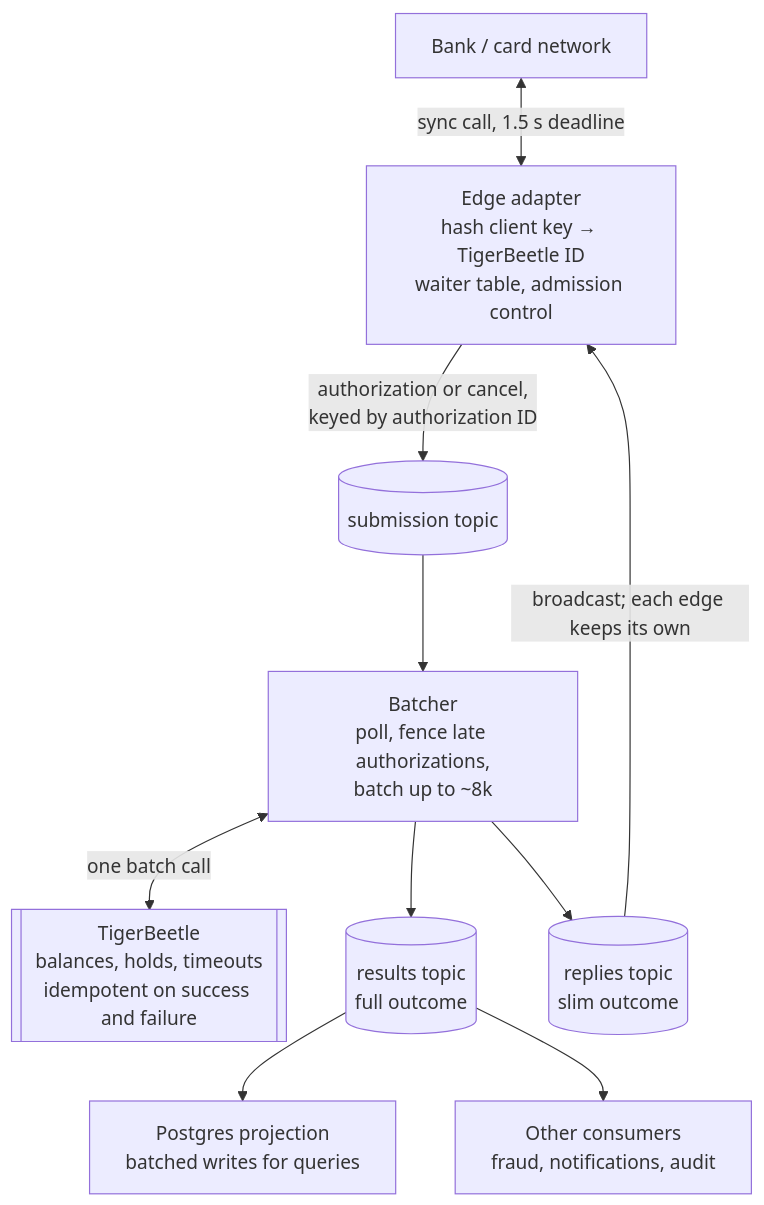
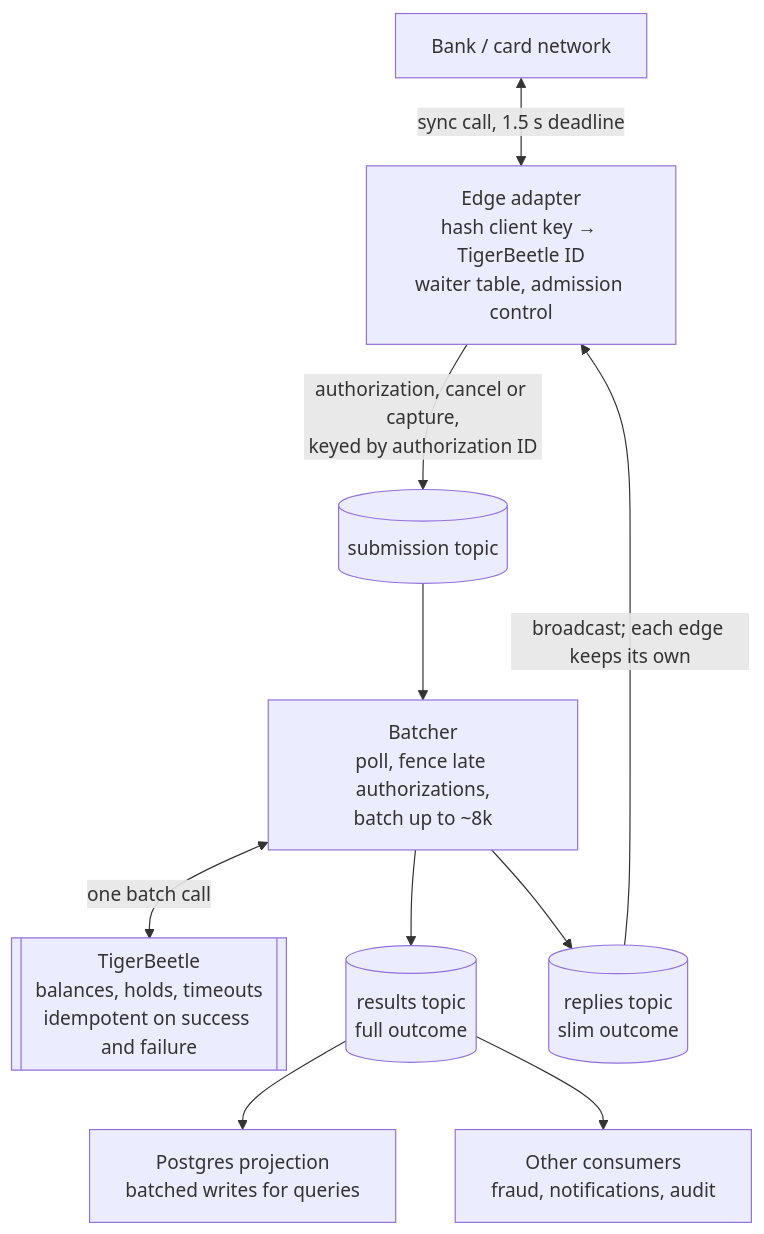
One commit to nmarasoiu/dst-200ktps-ledger changed the diagram in README.md. Above: the diagram before and after it, drawn with Mermaid. The commit also changed other lines of this file and 2 other files, not shown here.

First line of the commit message:
Bring one capture per hold into the core; decide outcomes over decisions

````diff
--- a/README.md
+++ b/README.md
@@ -49,13 +49,13 @@
 ```mermaid
 flowchart TD
     Bank["Bank / card network"] <-->|"sync call, 1.5 s deadline"| Edge
     Edge["Edge adapter<br/>hash client key → TigerBeetle ID<br/>waiter table, admission control"]
-    Edge -->|"authorization or cancel,<br/>keyed by authorization ID"| Sub[("submission topic")]
+    Edge -->|"authorization, cancel or capture,<br/>keyed by authorization ID"| Sub[("submission topic")]
     Sub --> Batcher["Batcher<br/>poll, fence late authorizations,<br/>batch up to ~8k"]
     Batcher <-->|"one batch call"| TB[["TigerBeetle<br/>balances, holds, timeouts<br/>idempotent on success and failure"]]
     Batcher --> Res[("results topic<br/>full outcome")]
     Batcher --> Rep[("replies topic<br/>slim outcome")]
     Rep -->|"broadcast; each edge keeps its own"| Edge
     Res --> PG["Postgres projection<br/>batched writes for queries"]
     Res --> Other["Other consumers<br/>fraud, notifications, audit"]
 ```
````
